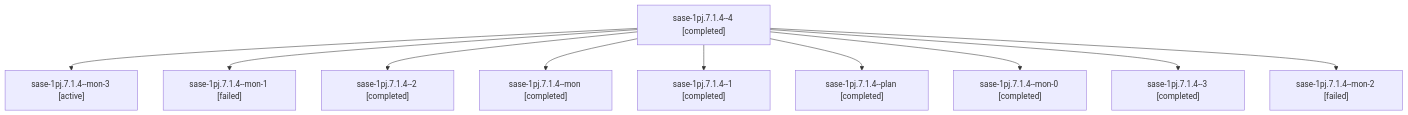
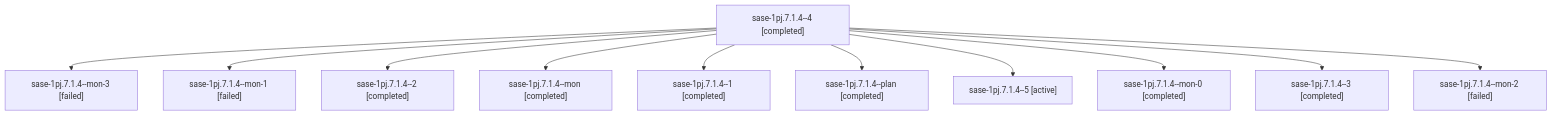
Before and after one commit to sase-org/sase--agents: the diagram in sessions/bbugyi200.athena.sase-1pj.7.1.4.md, drawn with Mermaid. The commit also changed other lines of this file and 179 other files, not shown here.

````diff
--- a/sessions/bbugyi200.athena.sase-1pj.7.1.4.md
+++ b/sessions/bbugyi200.athena.sase-1pj.7.1.4.md
@@ -9,22 +9,24 @@
 ```mermaid
 flowchart TD
   n0["sase-1pj.7.1.4--4 [completed]"]
-  n1["sase-1pj.7.1.4--mon-3 [active]"]
+  n1["sase-1pj.7.1.4--mon-3 [failed]"]
   n0 --> n1
   n2["sase-1pj.7.1.4--mon-1 [failed]"]
   n0 --> n2
   n3["sase-1pj.7.1.4--2 [completed]"]
   n0 --> n3
   n4["sase-1pj.7.1.4--mon [completed]"]
   n0 --> n4
   n5["sase-1pj.7.1.4--1 [completed]"]
   n0 --> n5
   n6["sase-1pj.7.1.4--plan [completed]"]
   n0 --> n6
-  n7["sase-1pj.7.1.4--mon-0 [completed]"]
+  n7["sase-1pj.7.1.4--5 [active]"]
   n0 --> n7
-  n8["sase-1pj.7.1.4--3 [completed]"]
+  n8["sase-1pj.7.1.4--mon-0 [completed]"]
   n0 --> n8
-  n9["sase-1pj.7.1.4--mon-2 [failed]"]
+  n9["sase-1pj.7.1.4--3 [completed]"]
   n0 --> n9
+  n10["sase-1pj.7.1.4--mon-2 [failed]"]
+  n0 --> n10
 ```
````
